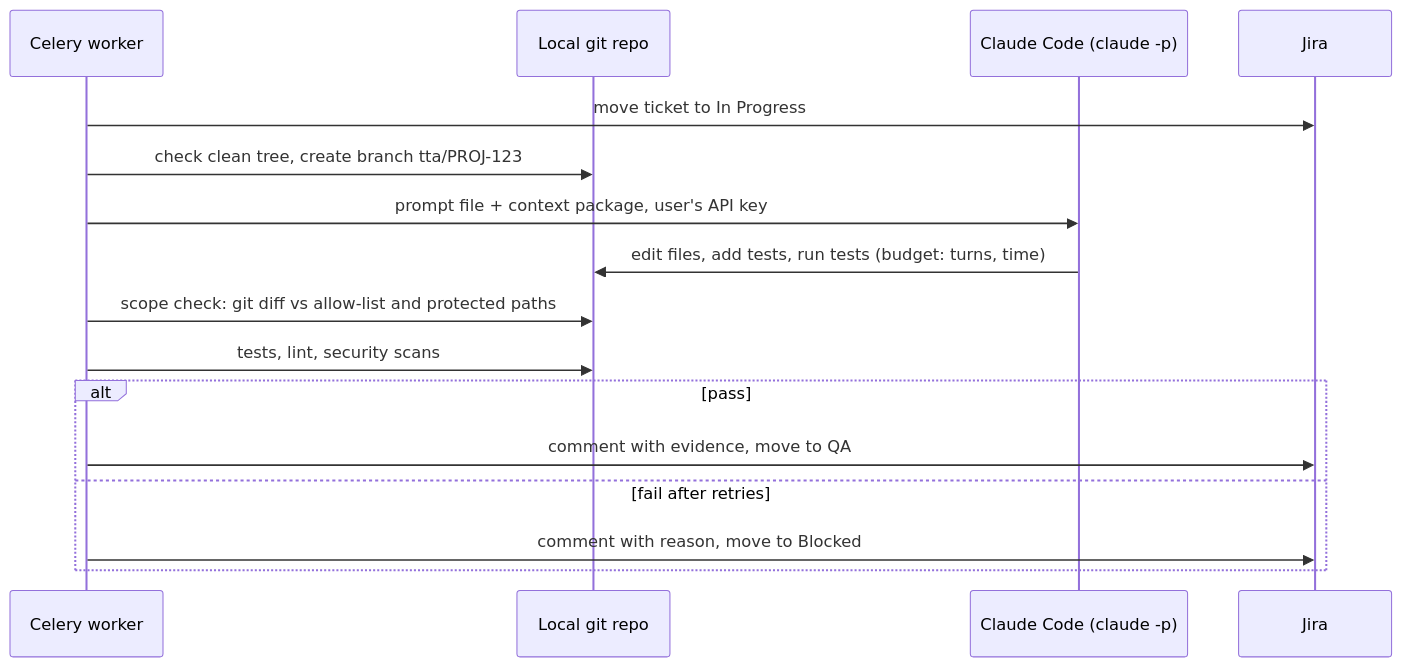
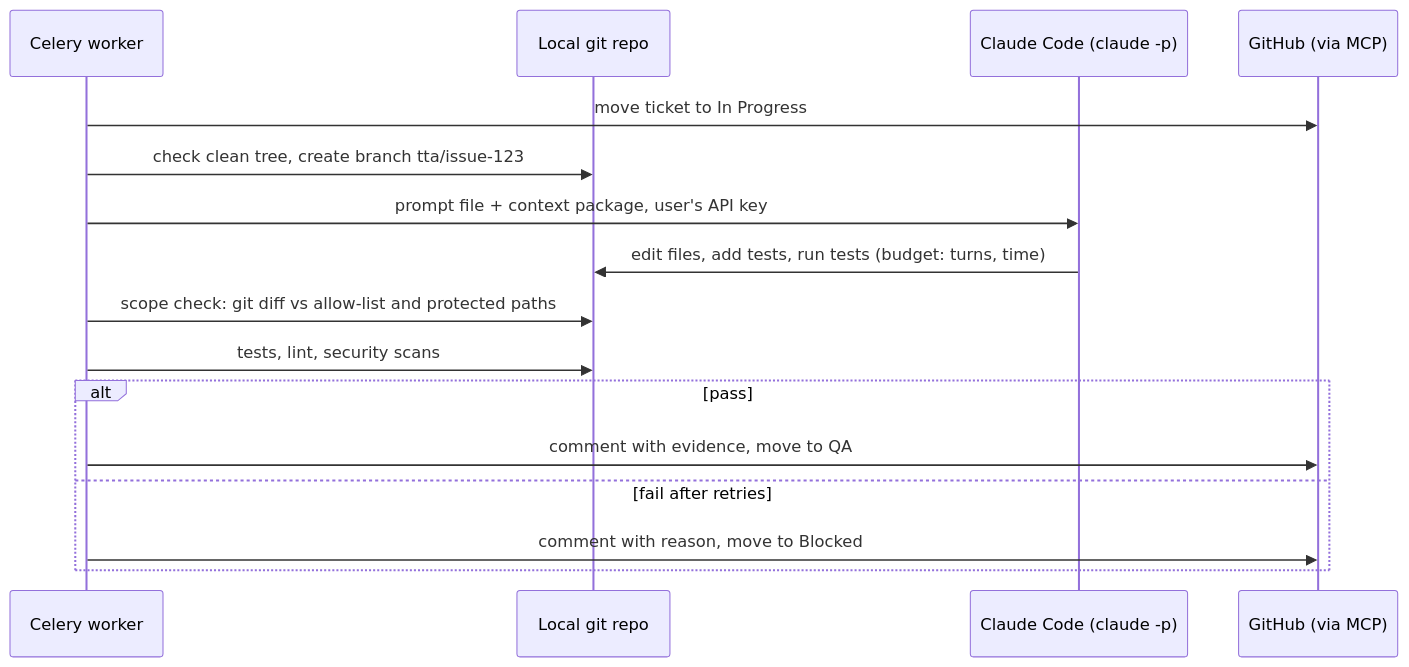
Before and after one commit to yasmin-poc-works/tasktraceautomator: the fourth of 5 diagrams in docs/architecture/task_trace_automator_architecture.md, drawn with Mermaid. The commit also changed other lines of this file and 13 other files, not shown here.

Commit message:
Updated the architecture.

````diff
--- a/docs/architecture/task_trace_automator_architecture.md
+++ b/docs/architecture/task_trace_automator_architecture.md
@@ -267,19 +316,19 @@
 ```mermaid
 sequenceDiagram
     participant W as Celery worker
     participant G as Local git repo
     participant C as Claude Code (claude -p)
-    participant J as Jira
+    participant J as GitHub (via MCP)
 
     W->>J: move ticket to In Progress
-    W->>G: check clean tree, create branch tta/PROJ-123
+    W->>G: check clean tree, create branch tta/issue-123
     W->>C: prompt file + context package, user's API key
     C->>G: edit files, add tests, run tests (budget: turns, time)
     W->>G: scope check: git diff vs allow-list and protected paths
     W->>G: tests, lint, security scans
     alt pass
         W->>J: comment with evidence, move to QA
     else fail after retries
         W->>J: comment with reason, move to Blocked
     end
 ```
````
